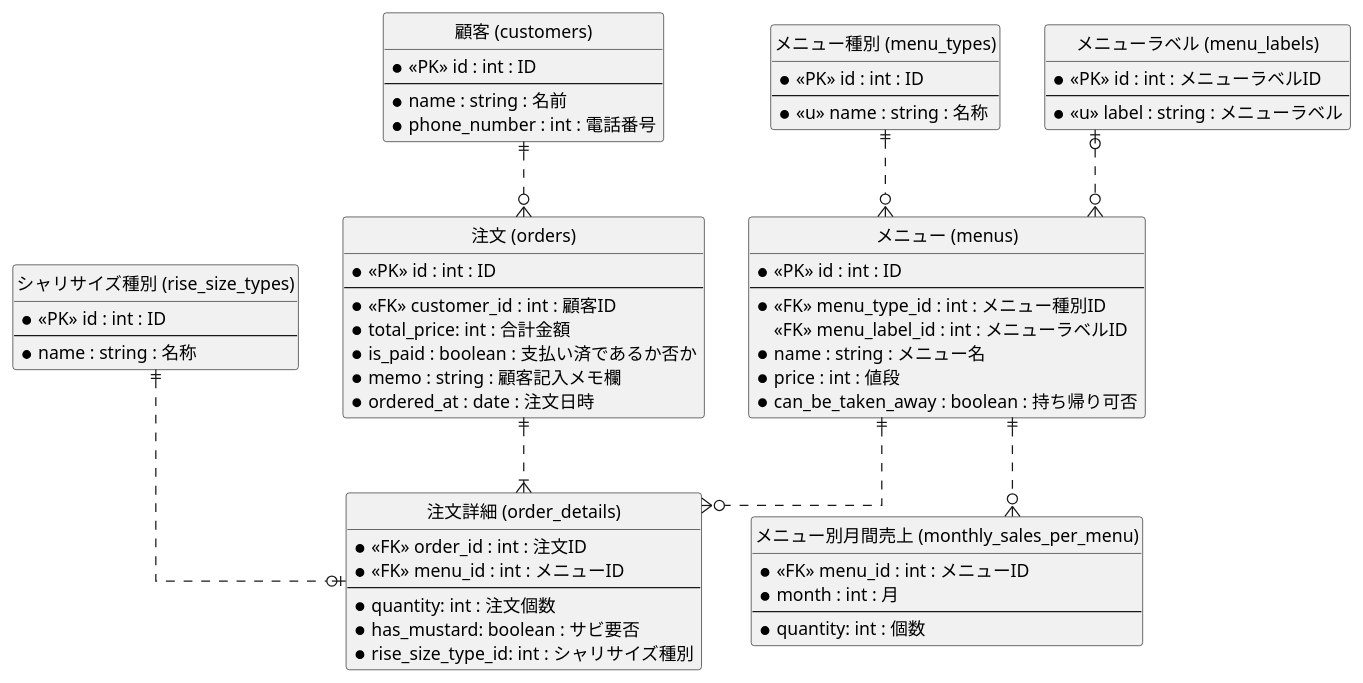
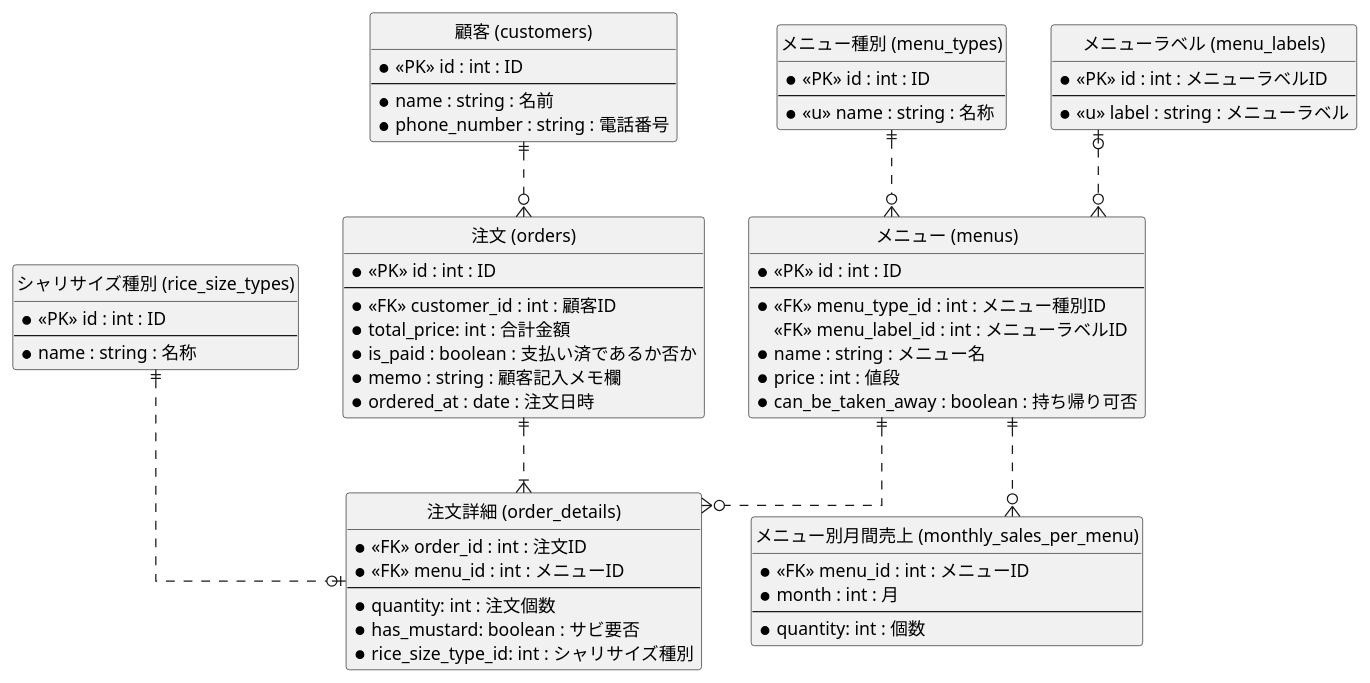
Before and after one commit to blueglasses1995/PrAhaChallenge: the diagram in 01.データベース設計/DBモデリング1/ER/SushiOrder.pu, drawn with PlantUML. The commit also changed 198 other files, not shown here.

```diff
--- a/01.データベース設計/DBモデリング1/ER/SushiOrder.pu
+++ b/01.データベース設計/DBモデリング1/ER/SushiOrder.pu
@@ -1,74 +1,74 @@
 @startuml sushi
  hide circle
  skinparam linetype ortho
  
  entity "メニュー (menus)" as menus {
      * <<PK>> id : int : ID
      --
      * <<FK>> menu_type_id : int : メニュー種別ID
      <<FK>> menu_label_id : int : メニューラベルID
      * name : string : メニュー名
      * price : int : 値段
      * can_be_taken_away : boolean : 持ち帰り可否
  }
 
  entity "メニュー種別 (menu_types)" as menu_types {
      * <<PK>> id : int : ID
      --
      * <<u>> name : string : 名称
  }
 
  entity "メニューラベル (menu_labels)" as menu_labels {
      * <<PK>> id : int : メニューラベルID
      --
      * <<u>> label : string : メニューラベル
  }
 
  entity "顧客 (customers)" as customers {
      * <<PK>> id : int : ID
      --
      * name : string : 名前
-     * phone_number : int : 電話番号
+     * phone_number : string : 電話番号
  }
 
- entity "シャリサイズ種別 (rise_size_types)" as rise_size_types {
+ entity "シャリサイズ種別 (rice_size_types)" as rice_size_types {
      * <<PK>> id : int : ID
      --
      * name : string : 名称
  }
 
 entity "注文 (orders)" as orders {
      * <<PK>> id : int : ID
      --
      * <<FK>> customer_id : int : 顧客ID
      * total_price: int : 合計金額     
      * is_paid : boolean : 支払い済であるか否か
      * memo : string : 顧客記入メモ欄
      * ordered_at : date : 注文日時
 }
 
  entity "注文詳細 (order_details)" as order_details {
      * <<FK>> order_id : int : 注文ID
      * <<FK>> menu_id : int : メニューID
      --
      * quantity: int : 注文個数
      * has_mustard: boolean : サビ要否
-     * rise_size_type_id: int : シャリサイズ種別
+     * rice_size_type_id: int : シャリサイズ種別
  }
 
  entity "メニュー別月間売上 (monthly_sales_per_menu)" as monthly_sales_per_menu {
      * <<FK>> menu_id : int : メニューID
      * month : int : 月
      --
      * quantity: int : 個数
  }
 
 customers ||..o{ orders
 orders ||..|{ order_details
-rise_size_types ||..o| order_details
+rice_size_types ||..o| order_details
 menus ||..o{ order_details
 menu_types ||..o{ menus
 menu_labels |o..o{ menus
 menus ||..o{ monthly_sales_per_menu
 
  @enduml
```
